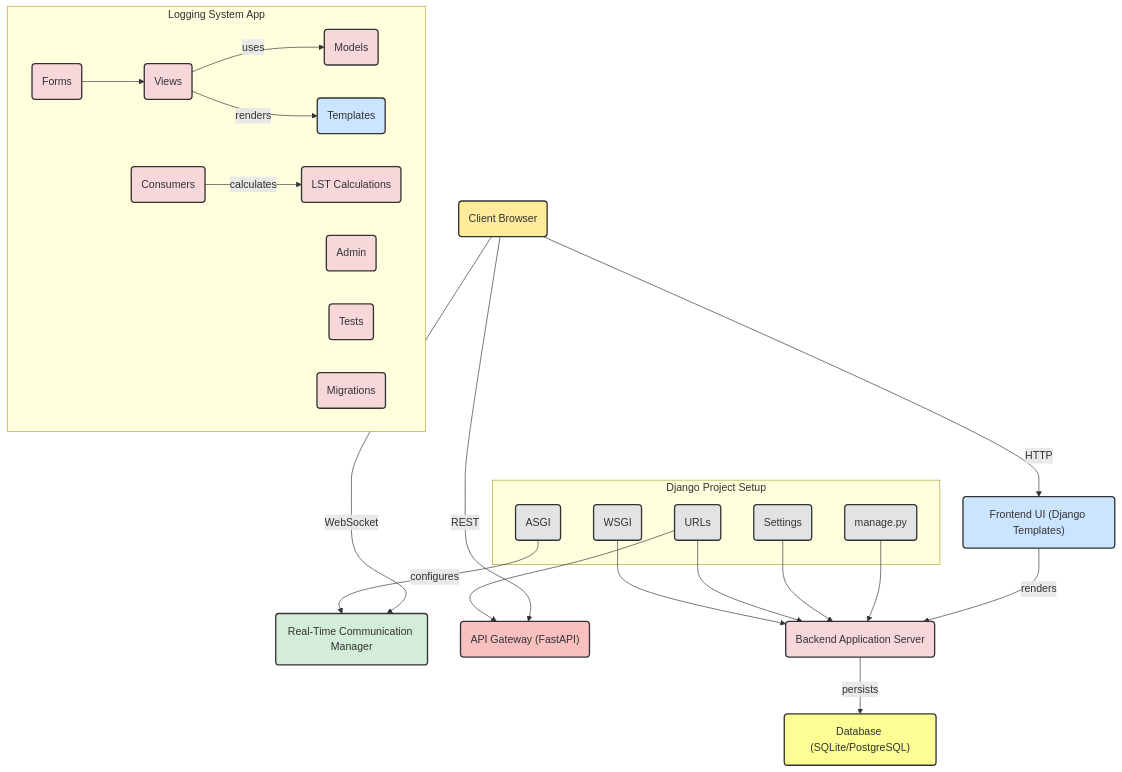
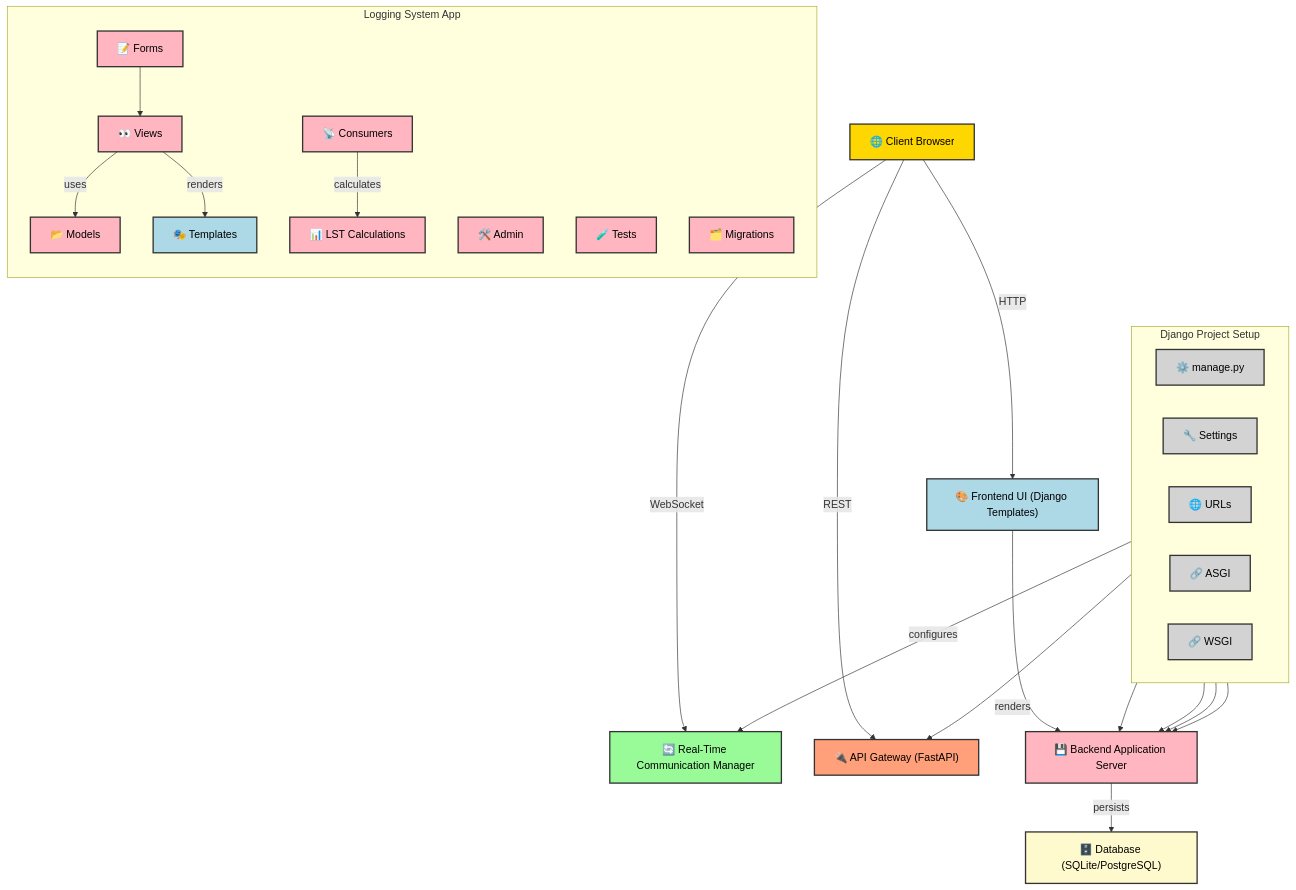
The diagram in README.md (RadadiyaAditya/Telescope_Logging), drawn with Mermaid before and after one commit.

````diff
--- a/README.md
+++ b/README.md
@@ -23,43 +23,45 @@
 ```mermaid
-flowchart TD;
+flowchart TB;
     %% Client
-    Client("Client Browser"):::client
+    Client["🌐 Client Browser"]:::client
 
     %% Frontend
-    Frontend("Frontend UI (Django Templates)"):::frontend
+    Frontend["🎨 Frontend UI (Django Templates)"]:::frontend
 
     %% Real-time Communication
-    Realtime("Real-Time Communication Manager"):::realtime
+    Realtime["🔄 Real-Time Communication Manager"]:::realtime
 
     %% API Endpoints
-    APIGateway("API Gateway (FastAPI)"):::api
+    APIGateway["🔌 API Gateway (FastAPI)"]:::api
 
     %% Backend Application Server
-    Backend("Backend Application Server"):::backend
+    Backend["💾 Backend Application Server"]:::backend
 
     %% Database
-    DB("Database (SQLite/PostgreSQL)"):::database
+    DB["🗄️ Database (SQLite/PostgreSQL)"]:::database
 
     %% Django Project Setup subgraph
-    subgraph "Django Project Setup"
-        managePy("manage.py"):::config
-        settings("Settings"):::config
-        urls("URLs"):::config
-        asgi("ASGI"):::config
-        wsgi("WSGI"):::config
+    subgraph "🛠️ Django Project Setup" [Django Project Setup]
+        direction LR
+        managePy["⚙️ manage.py"]:::config
+        settings["🔧 Settings"]:::config
+        urls["🌐 URLs"]:::config
+        asgi["🔗 ASGI"]:::config
+        wsgi["🔗 WSGI"]:::config
     end
 
     %% Logging System Application subgraph
-    subgraph "Logging System App"
-        models("Models"):::backend
-        views("Views"):::backend
-        forms("Forms"):::backend
-        admin("Admin"):::backend
-        tests("Tests"):::backend
-        migrations("Migrations"):::backend
-        consumers("Consumers"):::backend
-        lst("LST Calculations"):::backend
-        templates("Templates"):::frontend
+    subgraph "📜 Logging System App" [Logging System App]
+        direction TB
+        models["📂 Models"]:::backend
+        views["👀 Views"]:::backend
+        forms["📝 Forms"]:::backend
+        admin["🛠️ Admin"]:::backend
+        tests["🧪 Tests"]:::backend
+        migrations["🗂️ Migrations"]:::backend
+        consumers["📡 Consumers"]:::backend
+        lst["📊 LST Calculations"]:::backend
+        templates["🎭 Templates"]:::frontend
     end
 
     %% Relationships between high-level components
@@ -86,33 +88,33 @@
     %% Connect API layer to configuration (defining endpoints)
     urls --> APIGateway
 
-    %% Styles
-    classDef client fill:#ffeb99,stroke:#333,stroke-width:2px;
-    classDef frontend fill:#cce5ff,stroke:#333,stroke-width:2px;
-    classDef realtime fill:#d4edda,stroke:#333,stroke-width:2px;
-    classDef backend fill:#f8d7da,stroke:#333,stroke-width:2px;
-    classDef database fill:#fdfd96,stroke:#333,stroke-width:2px;
-    classDef config fill:#e2e3e5,stroke:#333,stroke-width:2px;
-    classDef api fill:#f9c0c0,stroke:#333,stroke-width:2px;
+    %% Styles for Better Readability
+    classDef client fill:#FFD700,stroke:#333,stroke-width:2px,font-size:16px,color:#000;
+    classDef frontend fill:#ADD8E6,stroke:#333,stroke-width:2px,font-size:16px,color:#000;
+    classDef realtime fill:#98FB98,stroke:#333,stroke-width:2px,font-size:16px,color:#000;
+    classDef backend fill:#FFB6C1,stroke:#333,stroke-width:2px,font-size:16px,color:#000;
+    classDef database fill:#FFFACD,stroke:#333,stroke-width:2px,font-size:16px,color:#000;
+    classDef config fill:#D3D3D3,stroke:#333,stroke-width:2px,font-size:16px,color:#000;
+    classDef api fill:#FFA07A,stroke:#333,stroke-width:2px,font-size:16px,color:#000;
 
-    %% Click Events for Django Project Setup
-    click managePy "https://github.com/radadiyaaditya/telescope_logging/blob/main/manage.py"
-    click settings "https://github.com/radadiyaaditya/telescope_logging/blob/main/telescope_log/settings.py"
-    click urls "https://github.com/radadiyaaditya/telescope_logging/blob/main/telescope_log/urls.py"
-    click asgi "https://github.com/radadiyaaditya/telescope_logging/blob/main/telescope_log/asgi.py"
-    click wsgi "https://github.com/radadiyaaditya/telescope_logging/blob/main/telescope_log/wsgi.py"
+    %% Clickable Links for Django Project Setup
+    click managePy "https://github.com/yourusername/telescope_logging/blob/main/manage.py"
+    click settings "https://github.com/yourusername/telescope_logging/blob/main/telescope_log/settings.py"
+    click urls "https://github.com/yourusername/telescope_logging/blob/main/telescope_log/urls.py"
+    click asgi "https://github.com/yourusername/telescope_logging/blob/main/telescope_log/asgi.py"
+    click wsgi "https://github.com/yourusername/telescope_logging/blob/main/telescope_log/wsgi.py"
 
-    %% Click Events for Logging System Application
-    click models "https://github.com/radadiyaaditya/telescope_logging/blob/main/logging_system/models.py"
-    click views "https://github.com/radadiyaaditya/telescope_logging/blob/main/logging_system/views.py"
-    click forms "https://github.com/radadiyaaditya/telescope_logging/blob/main/logging_system/forms.py"
-    click admin "https://github.com/radadiyaaditya/telescope_logging/blob/main/logging_system/admin.py"
-    click tests "https://github.com/radadiyaaditya/telescope_logging/blob/main/logging_system/tests.py"
-    click migrations "https://github.com/radadiyaaditya/telescope_logging/tree/main/logging_system/migrations/"
-    click consumers "https://github.com/radadiyaaditya/telescope_logging/blob/main/logging_system/consumers.py"
-    click templates "https://github.com/radadiyaaditya/telescope_logging/tree/main/logging_system/templates/logging_system/"
-    click lst "https://github.com/radadiyaaditya/telescope_logging/blob/main/logging_system/lst.py"
+    %% Clickable Links for Logging System Application
+    click models "https://github.com/yourusername/telescope_logging/blob/main/logging_system/models.py"
+    click views "https://github.com/yourusername/telescope_logging/blob/main/logging_system/views.py"
+    click forms "https://github.com/yourusername/telescope_logging/blob/main/logging_system/forms.py"
+    click admin "https://github.com/yourusername/telescope_logging/blob/main/logging_system/admin.py"
+    click tests "https://github.com/yourusername/telescope_logging/blob/main/logging_system/tests.py"
+    click migrations "https://github.com/yourusername/telescope_logging/tree/main/logging_system/migrations/"
+    click consumers "https://github.com/yourusername/telescope_logging/blob/main/logging_system/consumers.py"
+    click templates "https://github.com/yourusername/telescope_logging/tree/main/logging_system/templates/logging_system/"
+    click lst "https://github.com/yourusername/telescope_logging/blob/main/logging_system/lst.py"
 
     %% Click Event for API Endpoints Integration
-    click APIGateway "https://github.com/radadiyaaditya/telescope_logging/blob/main/README.md"
+    click APIGateway "https://github.com/yourusername/telescope_logging/blob/main/README.md"
 ```
````
